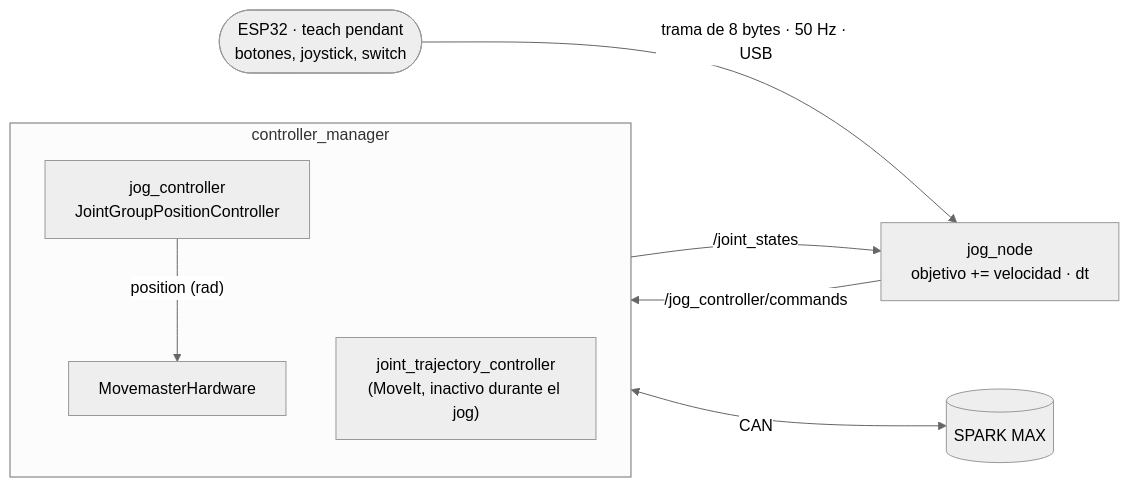
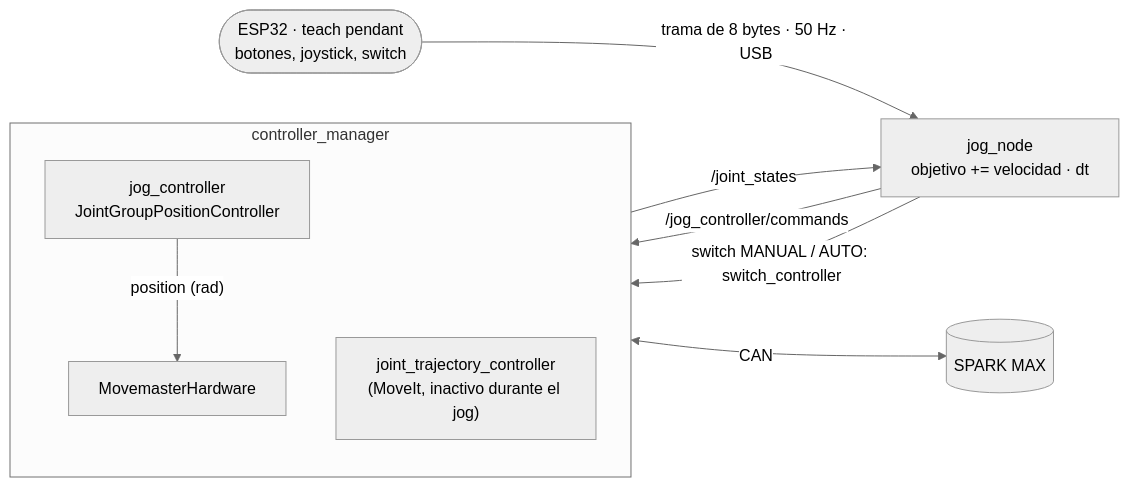
One commit to DiazPaz/movemaster changed the diagram in movemaster_ws/src/movemaster_ros/movemaster_ros/movemaster_teleop/README.md. Above: the diagram before and after it, drawn with Mermaid (neutral theme). The commit also changed other lines of this file and 18 other files, not shown here.

First line of the commit message:
movemaster_bringup: arranque con un comando y servicio systemd; el switch MANUAL elige el controlador

````diff
--- a/movemaster_ws/src/movemaster_ros/movemaster_ros/movemaster_teleop/README.md
+++ b/movemaster_ws/src/movemaster_ros/movemaster_ros/movemaster_teleop/README.md
@@ -7,18 +7,19 @@
 ```mermaid
 flowchart LR
     esp(["ESP32 · teach pendant<br/>botones, joystick, switch"])
     jog["jog_node<br/>objetivo += velocidad · dt"]
     subgraph cm["controller_manager"]
         direction TB
         jc["jog_controller<br/>JointGroupPositionController"]
         jtc["joint_trajectory_controller<br/>(MoveIt, inactivo durante el jog)"]
         hw["MovemasterHardware"]
     end
     spark[("SPARK MAX")]
 
     esp -- "trama de 8 bytes · 50 Hz · USB" --> jog
+    jog -- "switch MANUAL / AUTO: switch_controller" --> cm
     jog -- "/jog_controller/commands" --> jc
     jc -- "position (rad)" --> hw
     hw -- "/joint_states" --> jog
     hw <-- "CAN" --> spark
 ```
````
